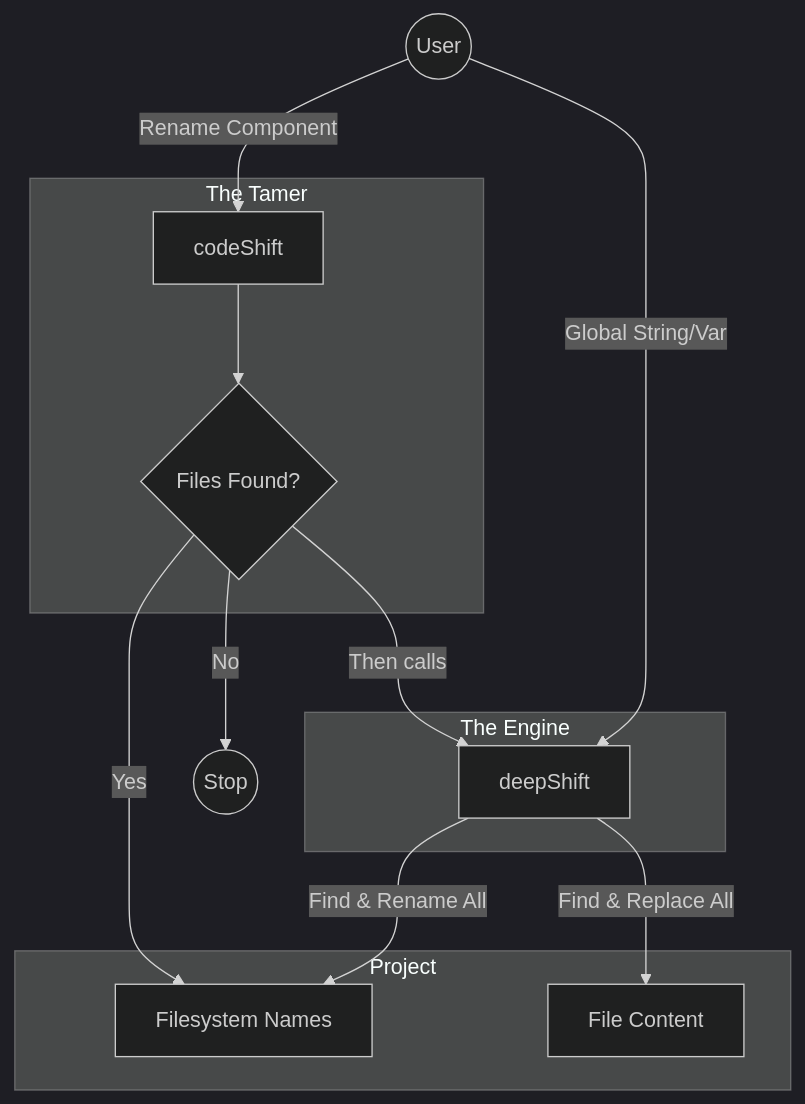
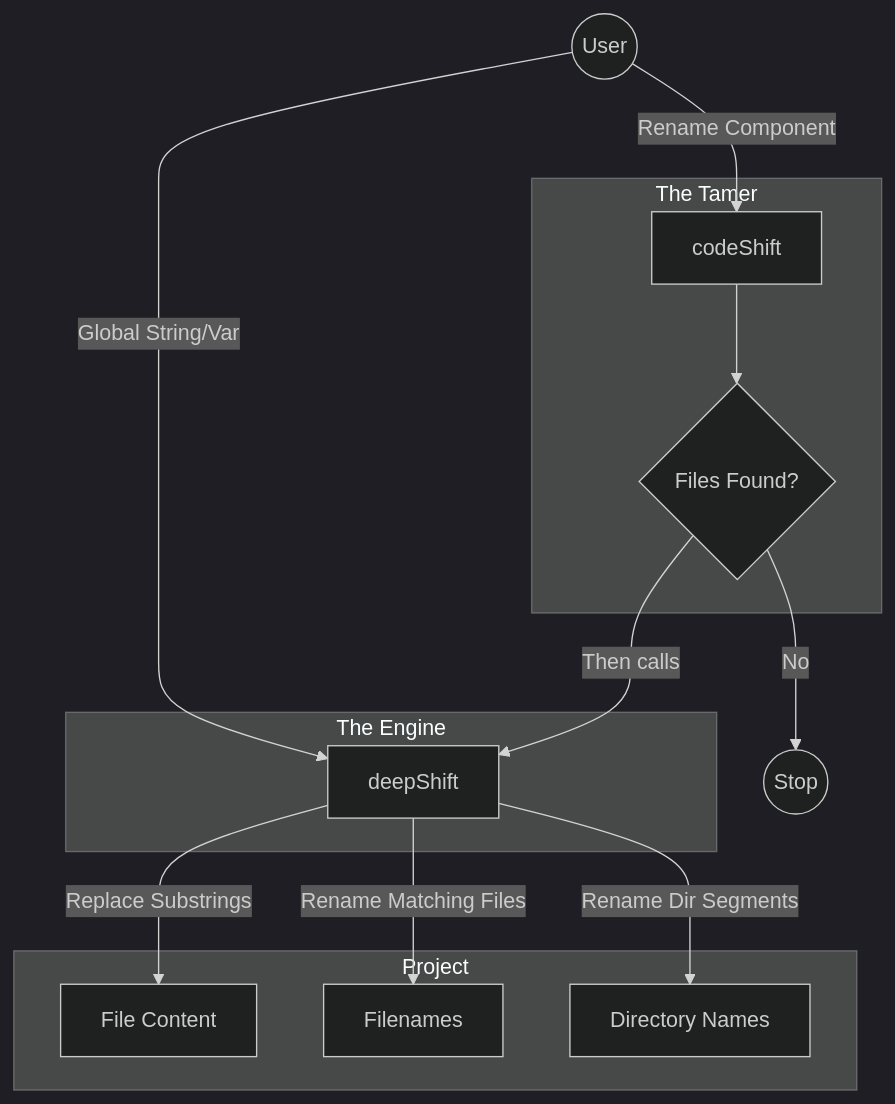
The diagram in README.md (311ecode/deepShift), drawn with Mermaid (dark theme) before and after one commit. The commit also changed other lines of this file, not shown here.

Commit message:
docs: enhance DeepShift README with directory renaming details
- Add explicit documentation about directory renaming functionality
- Update architecture diagram to show directory operations
- Improve decision matrix with directory renaming use case
- Clarify tool capabilities for both file and folder operations
- Maintain existing safety warnings and installation instructions

````diff
--- a/README.md
+++ b/README.md
@@ -52,30 +54,31 @@
 ```mermaid
 graph TD
     User((User))
     
     subgraph "The Engine"
         DS[deepShift]
     end
     
     subgraph "The Tamer"
         CS[codeShift]
         Condition{Files Found?}
     end
 
     subgraph Project
-        FS[Filesystem Names]
         Txt[File Content]
+        Files[Filenames]
+        Dirs[Directory Names]
     end
 
     %% deepShift Path (Direct)
     User -->|Global String/Var| DS
-    DS -- "Find & Replace All" --> Txt
-    DS -- "Find & Rename All" --> FS
+    DS -- "Replace Substrings" --> Txt
+    DS -- "Rename Matching Files" --> Files
+    DS -- "Rename Dir Segments" --> Dirs
 
     %% codeShift Path (Targeted)
     User -->|Rename Component| CS
     CS --> Condition
-    Condition -- Yes --> FS
     Condition -- Then calls --> DS
     Condition -- No --> Stop((Stop))
 ```
````
